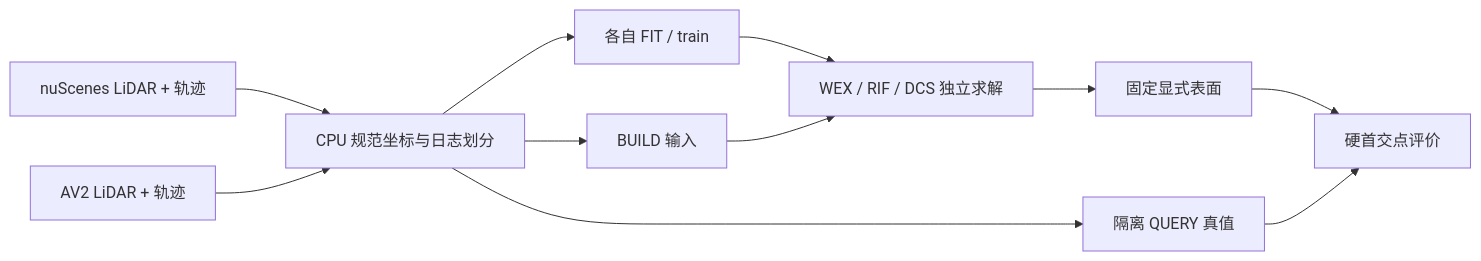
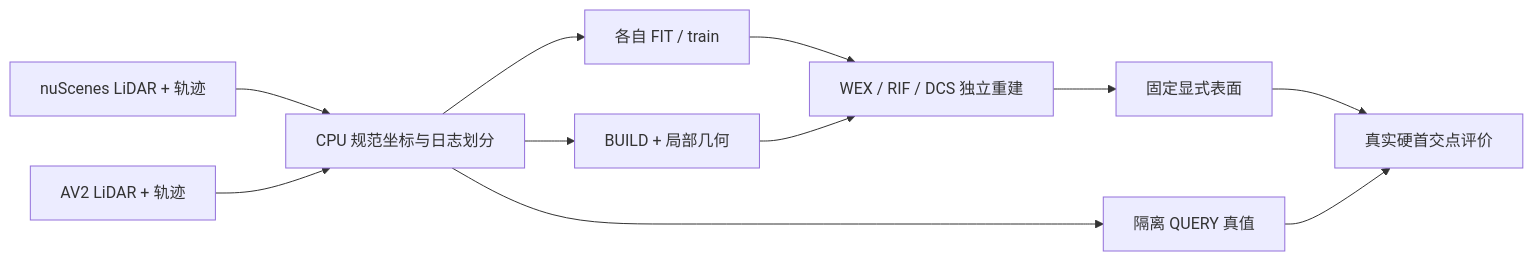
One commit to yunlongdeng123/Motion-Proj changed the diagram in docs/WORLDSIM_V74_P0_HANDOFF.md. Above: the diagram before and after it, drawn with Mermaid. The commit also changed other lines of this file and 21 other files, not shown here.

````diff
--- a/docs/WORLDSIM_V74_P0_HANDOFF.md
+++ b/docs/WORLDSIM_V74_P0_HANDOFF.md
@@ -6,13 +6,13 @@
 ```mermaid
 flowchart LR
   N[nuScenes LiDAR + 轨迹] --> P[CPU 规范坐标与日志划分]
   A[AV2 LiDAR + 轨迹] --> P
   P --> F[各自 FIT / train]
-  P --> B[BUILD 输入]
+  P --> B[BUILD + 局部几何]
   P --> Q[隔离 QUERY 真值]
-  F --> M[WEX / RIF / DCS 独立求解]
+  F --> M[WEX / RIF / DCS 独立重建]
   B --> M
   M --> S[固定显式表面]
-  S --> E[硬首交点评价]
+  S --> E[真实硬首交点评价]
   Q --> E
 ```
````
